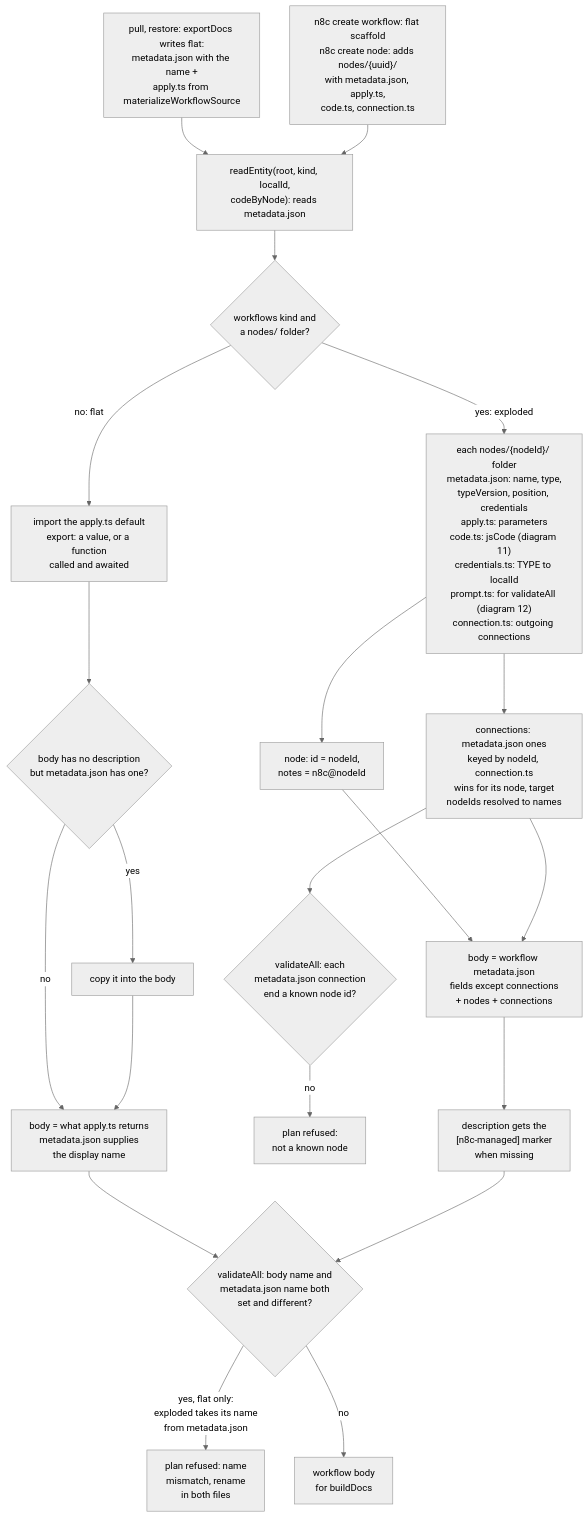
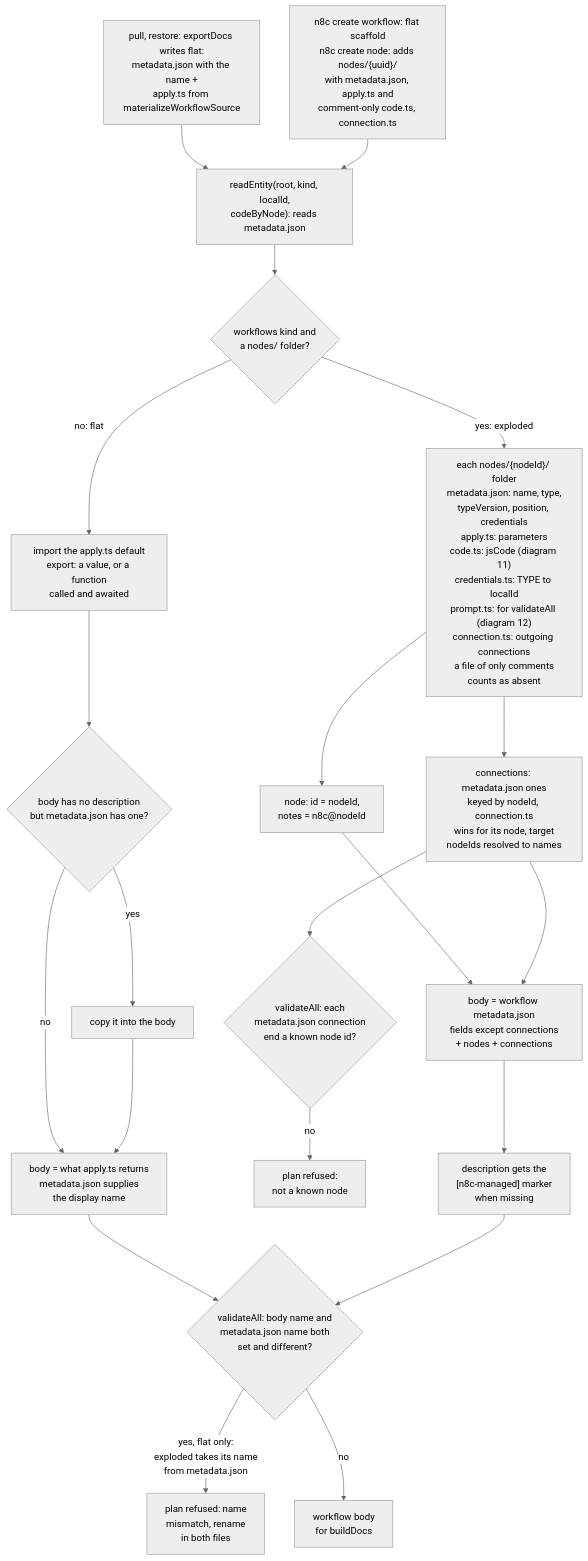
One commit to nullseal/n8c changed the seventh of 15 diagrams in docs/ARCHITECTURE.md. Above: the diagram before and after it, drawn with Mermaid (neutral theme). The commit also changed other lines of this file and 4 other files, not shown here.

First line of the commit message:
fix: comment-only companion files count as absent; create-node stub hints tell the truth

````diff
--- a/docs/ARCHITECTURE.md
+++ b/docs/ARCHITECTURE.md
@@ -475,25 +475,25 @@
 ```mermaid
 flowchart TD
     W1["pull, restore: exportDocs writes flat:<br/>metadata.json with the name +<br/>apply.ts from materializeWorkflowSource"]
-    W2["n8c create workflow: flat scaffold<br/>n8c create node: adds nodes/{uuid}/<br/>with metadata.json, apply.ts,<br/>code.ts, connection.ts"]
+    W2["n8c create workflow: flat scaffold<br/>n8c create node: adds nodes/{uuid}/<br/>with metadata.json, apply.ts and<br/>comment-only code.ts, connection.ts"]
     W1 --> RE
     W2 --> RE
     RE["readEntity(root, kind, localId,<br/>codeByNode): reads metadata.json"] --> Q{"workflows kind and<br/>a nodes/ folder?"}
     Q -->|"no: flat"| FA["import the apply.ts default<br/>export: a value, or a function<br/>called and awaited"]
     FA --> FDESC{"body has no description<br/>but metadata.json has one?"}
     FDESC -->|"yes"| FCOPY["copy it into the body"]
     FDESC -->|"no"| FBODY["body = what apply.ts returns<br/>metadata.json supplies<br/>the display name"]
     FCOPY --> FBODY
-    Q -->|"yes: exploded"| EACH["each nodes/{nodeId}/ folder<br/>metadata.json: name, type,<br/>typeVersion, position, credentials<br/>apply.ts: parameters<br/>code.ts: jsCode (diagram 11)<br/>credentials.ts: TYPE to localId<br/>prompt.ts: for validateAll (diagram 12)<br/>connection.ts: outgoing connections"]
+    Q -->|"yes: exploded"| EACH["each nodes/{nodeId}/ folder<br/>metadata.json: name, type,<br/>typeVersion, position, credentials<br/>apply.ts: parameters<br/>code.ts: jsCode (diagram 11)<br/>credentials.ts: TYPE to localId<br/>prompt.ts: for validateAll (diagram 12)<br/>connection.ts: outgoing connections<br/>a file of only comments<br/>counts as absent"]
     EACH --> NODEOBJ["node: id = nodeId,<br/>notes = n8c@nodeId"]
     EACH --> CONN["connections: metadata.json ones<br/>keyed by nodeId, connection.ts<br/>wins for its node, target<br/>nodeIds resolved to names"]
     CONN --> CCHK{"validateAll: each<br/>metadata.json connection<br/>end a known node id?"}
     CCHK -->|"no"| REFUSE2["plan refused:<br/>not a known node"]
     NODEOBJ --> EBODY["body = workflow metadata.json<br/>fields except connections<br/>+ nodes + connections"]
     CONN --> EBODY
     EBODY --> MARK["description gets the<br/>[n8c-managed] marker<br/>when missing"]
     FBODY --> NAMECHK{"validateAll: body name and<br/>metadata.json name both<br/>set and different?"}
     MARK --> NAMECHK
     NAMECHK -->|"yes, flat only:<br/>exploded takes its name<br/>from metadata.json"| REFUSE["plan refused: name<br/>mismatch, rename<br/>in both files"]
     NAMECHK -->|"no"| OUT["workflow body<br/>for buildDocs"]
 ```
````
